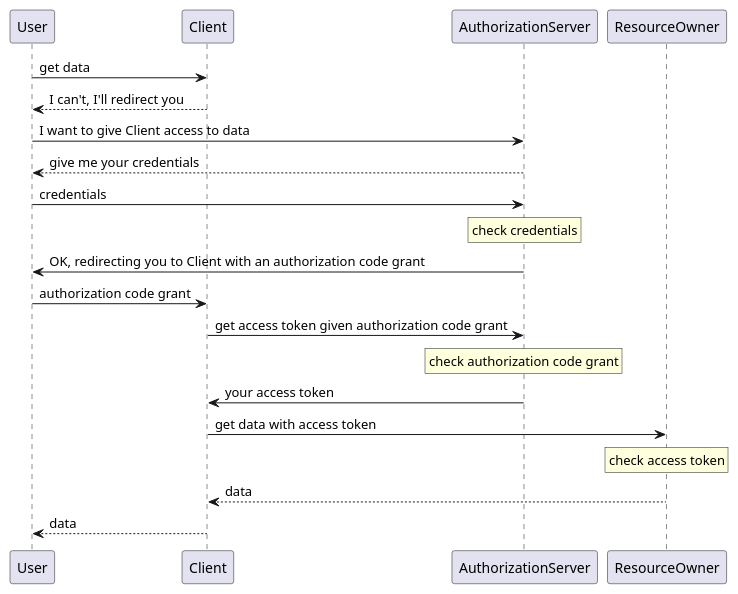
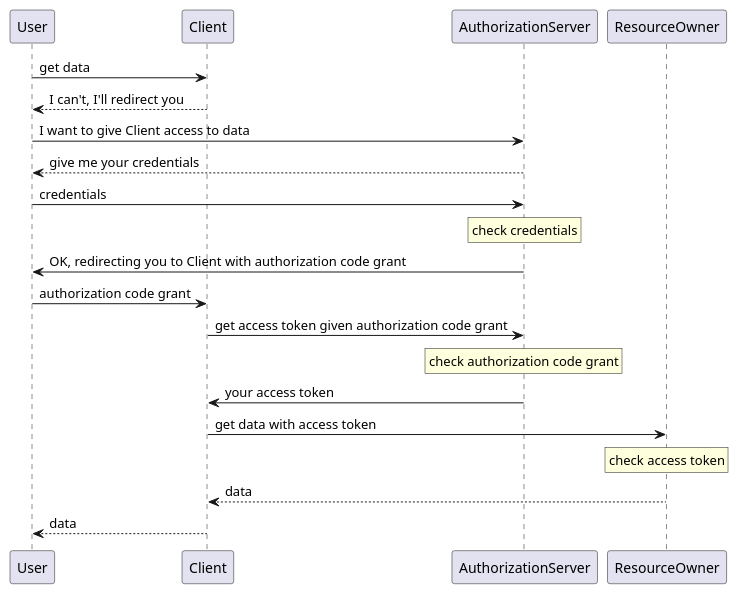
The diagram in oauth2/images/authorization_token_abstract.puml (sheymans/elementsOf), drawn with PlantUML before and after one commit. The commit also changed 4 other files, not shown here.

```diff
--- a/oauth2/images/authorization_token_abstract.puml
+++ b/oauth2/images/authorization_token_abstract.puml
@@ -1,23 +1,23 @@
 @startuml
 User -> Client:  get data
 Client --> User: I can't, I'll redirect you
 User -> AuthorizationServer: I want to give Client access to data
 AuthorizationServer --> User: give me your credentials
 User -> AuthorizationServer: credentials
 rnote over AuthorizationServer
   check credentials
 endrnote
-AuthorizationServer -> User: OK, redirecting you to Client with an authorization code grant
+AuthorizationServer -> User: OK, redirecting you to Client with authorization code grant
 User -> Client: authorization code grant
 Client -> AuthorizationServer: get access token given authorization code grant
 rnote over AuthorizationServer
   check authorization code grant
 endrnote
 AuthorizationServer -> Client: your access token
 Client -> ResourceOwner: get data with access token
 rnote over ResourceOwner
   check access token
 endrnote
 ResourceOwner --> Client: data
 Client --> User: data
 @enduml
```
